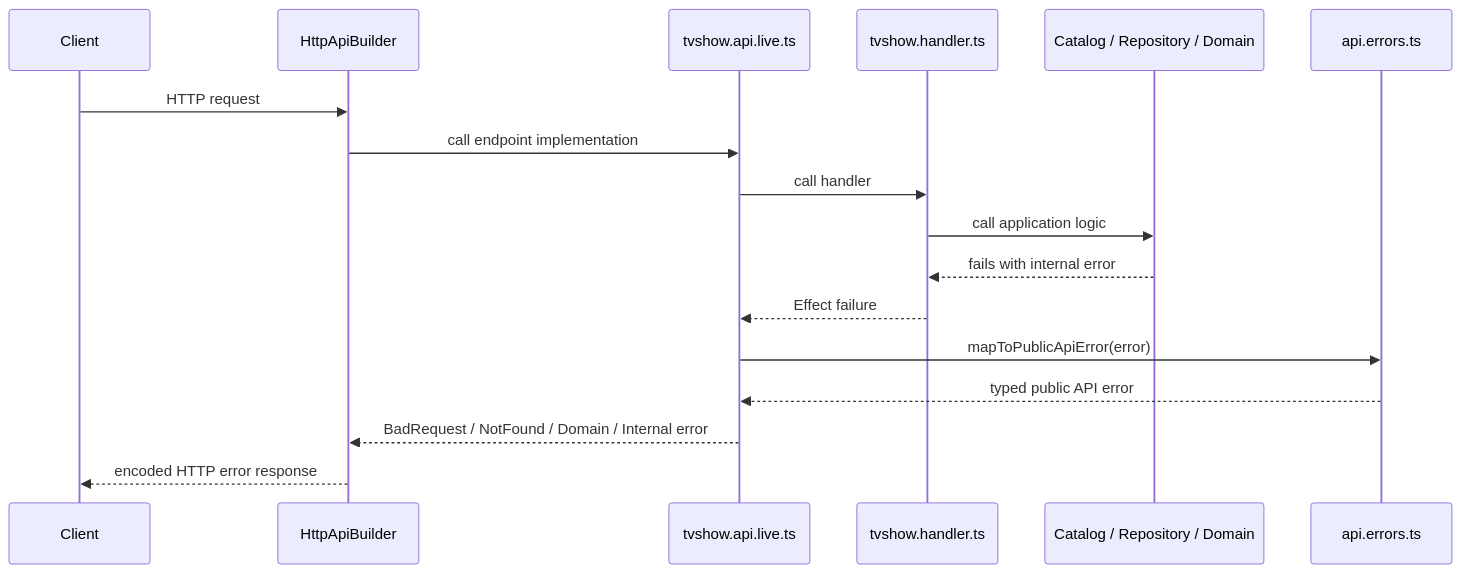
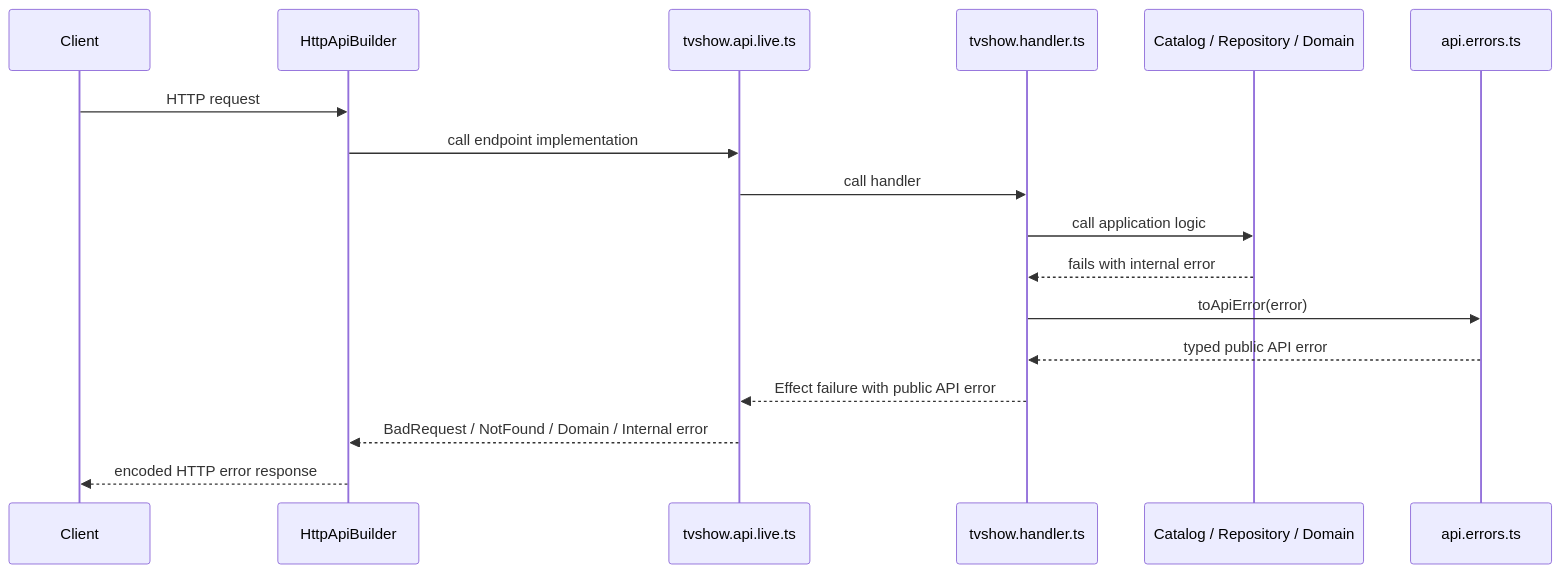
Before and after one commit to Netsbump/friend-media-picks: the fourth of 5 diagrams in apps/server/src/tvshow/api/README.md, drawn with Mermaid. The commit also changed 3 other files, not shown here.

First line of the commit message:
refactor(api): move error mapping from live layer into handlers

````diff
--- a/apps/server/src/tvshow/api/README.md
+++ b/apps/server/src/tvshow/api/README.md
@@ -134,20 +134,20 @@
 ```mermaid
 sequenceDiagram
   participant Client
   participant Server as HttpApiBuilder
   participant Live as tvshow.api.live.ts
   participant Handler as tvshow.handler.ts
   participant Service as Catalog / Repository / Domain
   participant Errors as api.errors.ts
 
   Client->>Server: HTTP request
   Server->>Live: call endpoint implementation
   Live->>Handler: call handler
   Handler->>Service: call application logic
   Service-->>Handler: fails with internal error
-  Handler-->>Live: Effect failure
-  Live->>Errors: mapToPublicApiError(error)
-  Errors-->>Live: typed public API error
+  Handler->>Errors: toApiError(error)
+  Errors-->>Handler: typed public API error
+  Handler-->>Live: Effect failure with public API error
   Live-->>Server: BadRequest / NotFound / Domain / Internal error
   Server-->>Client: encoded HTTP error response
 ```
````
